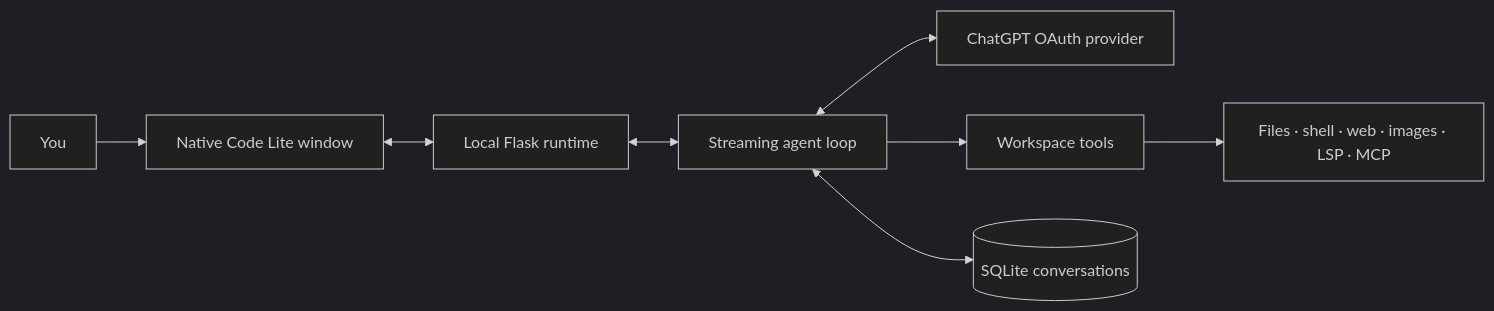
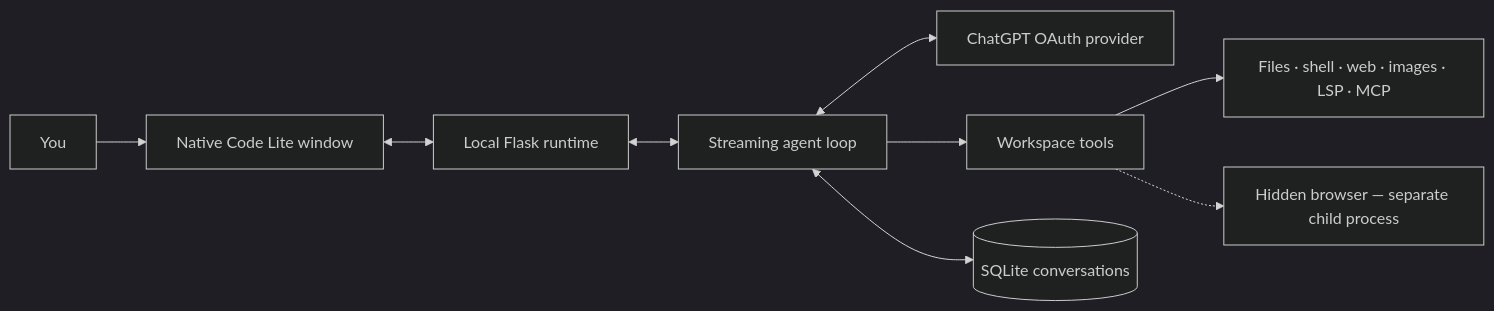
One commit to pythonIsFast/CodeLite changed the diagram in README.md. Above: the diagram before and after it, drawn with Mermaid (dark theme). The commit also changed other lines of this file, not shown here.

First line of the commit message:
Improve the README: downloads, structure, diagram

````diff
--- a/README.md
+++ b/README.md
@@ -251,10 +296,11 @@
 ```mermaid
 flowchart LR
     U[You] --> UI[Native Code Lite window]
     UI <--> R[Local Flask runtime]
     R <--> A[Streaming agent loop]
     A <--> P[ChatGPT OAuth provider]
     A --> T[Workspace tools]
     T --> F[Files · shell · web · images · LSP · MCP]
+    T -.-> B[Hidden browser — separate child process]
     A <--> S[(SQLite conversations)]
 ```
````
